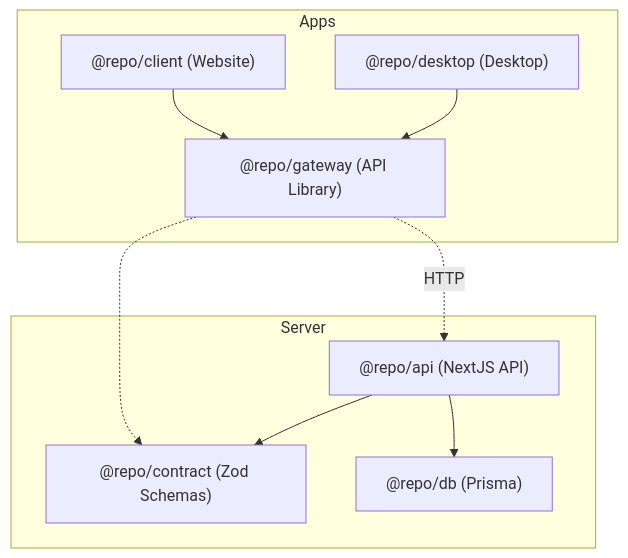
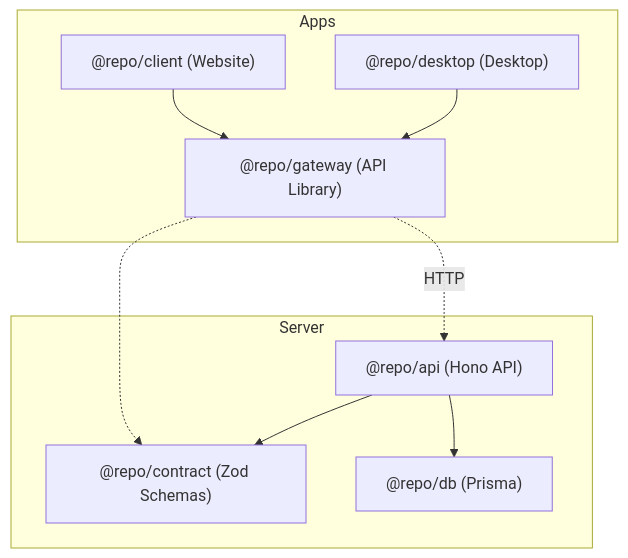
One commit to luximus-hunter/barbord-fullstack changed the diagram in README.md. Above: the diagram before and after it, drawn with Mermaid. The commit also changed other lines of this file and 2 other files, not shown here.

````diff
--- a/README.md
+++ b/README.md
@@ -61,25 +26,24 @@
 ```mermaid
 flowchart TB
   subgraph "Apps"
     WEB["@repo/client (Website)"]
     DESKTOP["@repo/desktop (Desktop)"]
     GATEWAY["@repo/gateway (API Library)"]
   end
 
 
   subgraph "Server"
-    API["@repo/api (NextJS API)"]
-
+    API["@repo/api (Hono API)"]
     CONTRACT["@repo/contract (Zod Schemas)"]
     DB["@repo/db (Prisma)"]
   end
 
   WEB --> GATEWAY
   DESKTOP --> GATEWAY
 
   GATEWAY -. HTTP .-> API
   GATEWAY -.-> CONTRACT
 
   API --> CONTRACT
   API --> DB
 ```
````
